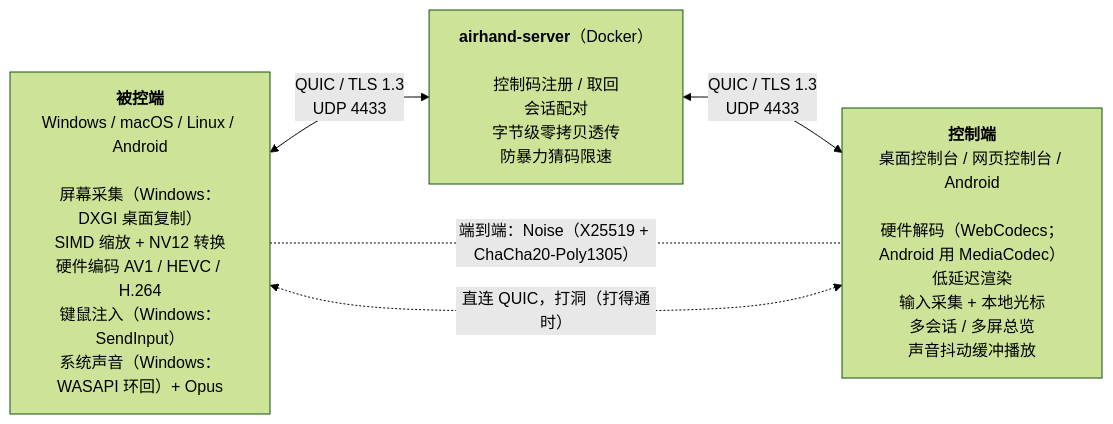
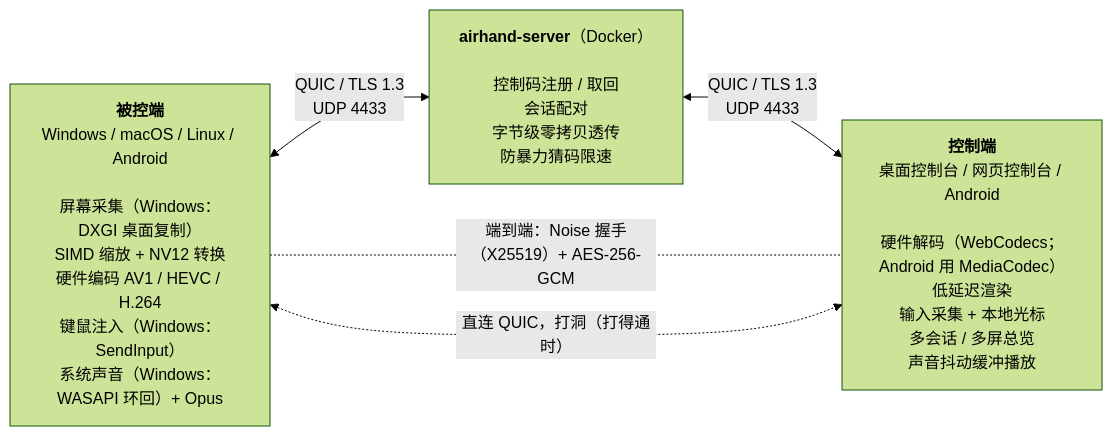
Before and after one commit to sqlpxc/airhand: the diagram in docs/architecture.zh-CN.md, drawn with Mermaid (forest theme). The commit also changed other lines of this file and 56 other files, not shown here.

````diff
--- a/docs/architecture.zh-CN.md
+++ b/docs/architecture.zh-CN.md
@@ -7,10 +7,10 @@
 ```mermaid
 flowchart LR
     host["<b>被控端</b><br>Windows / macOS / Linux / Android<br><br>屏幕采集（Windows：DXGI 桌面复制）<br>SIMD 缩放 + NV12 转换<br>硬件编码 AV1 / HEVC / H.264<br>键鼠注入（Windows：SendInput）<br>系统声音（Windows：WASAPI 环回）+ Opus"]
     relay["<b>airhand-server</b>（Docker）<br><br>控制码注册 / 取回<br>会话配对<br>字节级零拷贝透传<br>防暴力猜码限速"]
     ctrl["<b>控制端</b><br>桌面控制台 / 网页控制台 / Android<br><br>硬件解码（WebCodecs；Android 用 MediaCodec）<br>低延迟渲染<br>输入采集 + 本地光标<br>多会话 / 多屏总览<br>声音抖动缓冲播放"]
     host <-->|"QUIC / TLS 1.3<br>UDP 4433"| relay
     relay <-->|"QUIC / TLS 1.3<br>UDP 4433"| ctrl
-    host -. "端到端：Noise（X25519 + ChaCha20-Poly1305）" .- ctrl
+    host -. "端到端：Noise 握手（X25519）+ AES-256-GCM" .- ctrl
     host <-. "直连 QUIC，打洞（打得通时）" .-> ctrl
 ```
````
